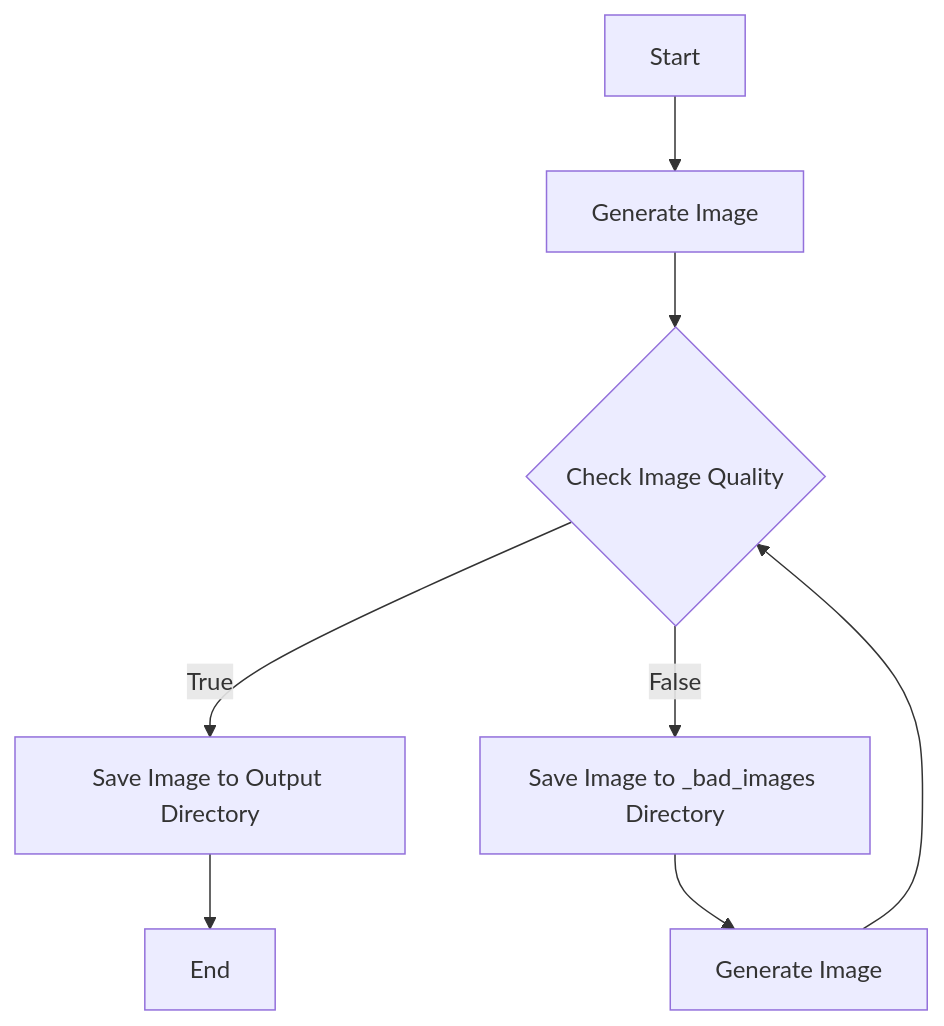
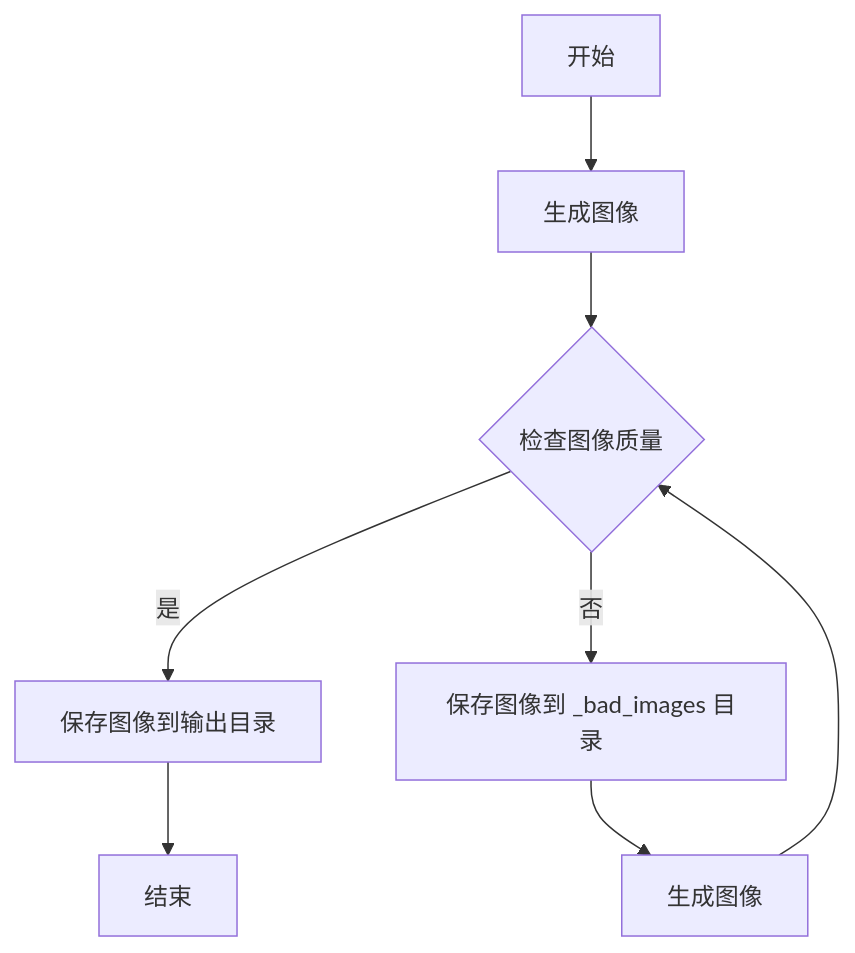
One commit to guming3d/Azure_OpenAI_Dalle3_image_generation_with_GPT_as_reviewer changed the diagram in README.zh.md. Above: the diagram before and after it, drawn with Mermaid.

Commit message:
fix: Translate mermaid diagram text in README.zh.md to Chinese

````diff
--- a/README.zh.md
+++ b/README.zh.md
@@ -48,10 +48,10 @@
 ```mermaid
 flowchart TD
-    A[Start] --> B[Generate Image]
-    B --> C{Check Image Quality}
-    C -->|True| D[Save Image to Output Directory]
-    C -->|False| E[Save Image to _bad_images Directory]
-    E --> F[Generate Image]
+    A[开始] --> B[生成图像]
+    B --> C{检查图像质量}
+    C -->|是| D[保存图像到输出目录]
+    C -->|否| E[保存图像到 _bad_images 目录]
+    E --> F[生成图像]
     F --> C
-    D --> G[End]
+    D --> G[结束]
 ```
````
